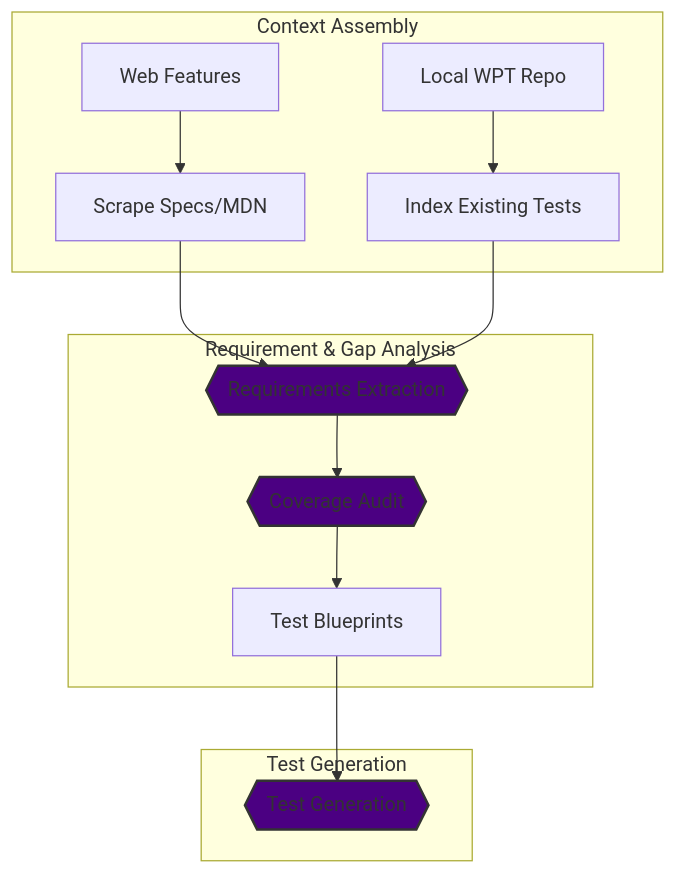
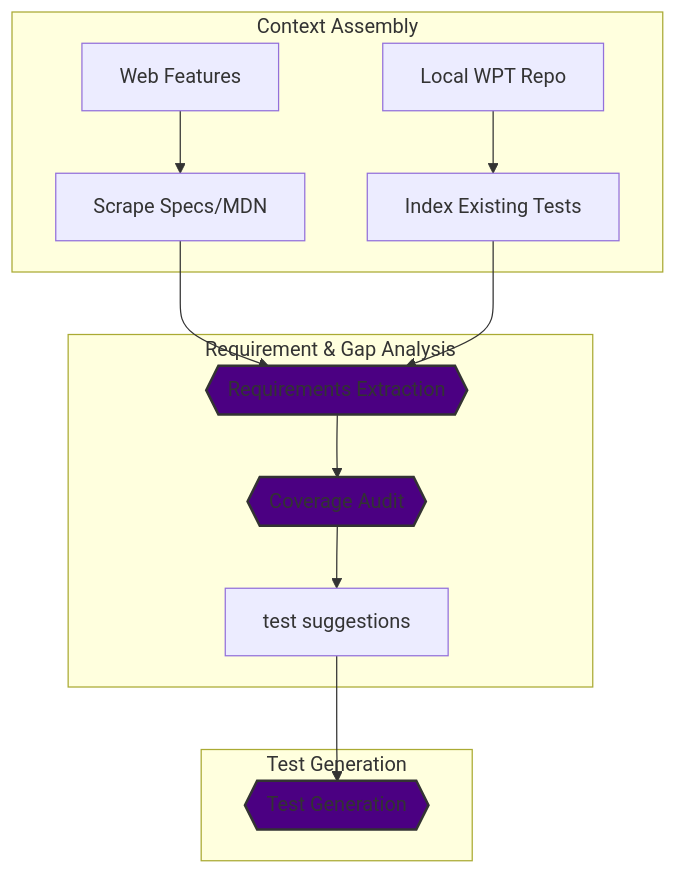
Before and after one commit to GoogleChromeLabs/wpt-gen: the diagram in README.md, drawn with Mermaid. The commit also changed other lines of this file and 11 other files, not shown here.

Commit message:
Rename Blueprints to Test Suggestions in test generation phase

````diff
--- a/README.md
+++ b/README.md
@@ -30,20 +30,20 @@
 ```mermaid
 flowchart TD
     subgraph Context[Context Assembly]
         A[Web Features] --> B[Scrape Specs/MDN]
         C[Local WPT Repo] --> D[Index Existing Tests]
     end
 
     subgraph Analysis[Requirement & Gap Analysis]
         B & D --> E{{Requirements Extraction}}
         E --> F{{Coverage Audit}}
-        F --> G[Test Blueprints]
+        F --> G[test suggestions]
     end
 
     subgraph Generation[Test Generation]
         G --> H{{Test Generation}}
     end
 
     classDef llm fill:#4B0082,stroke:#333,stroke-width:2px;
     class E,F,H llm;
 ```
````
